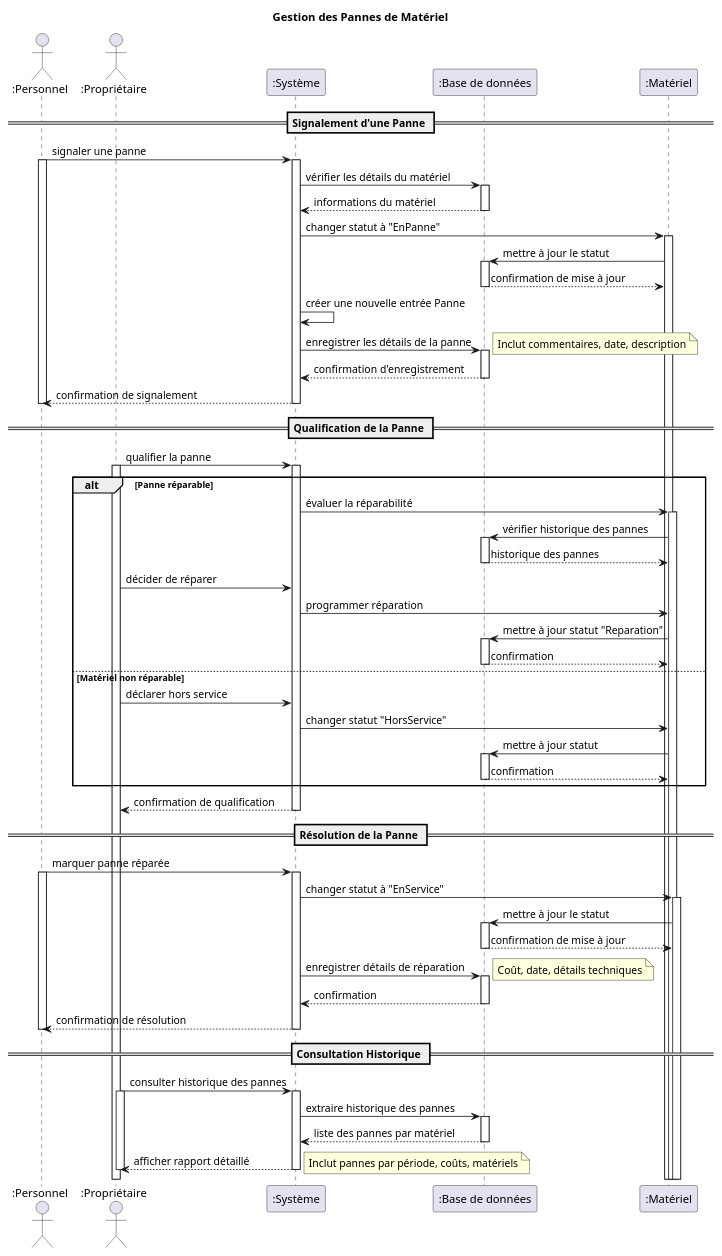
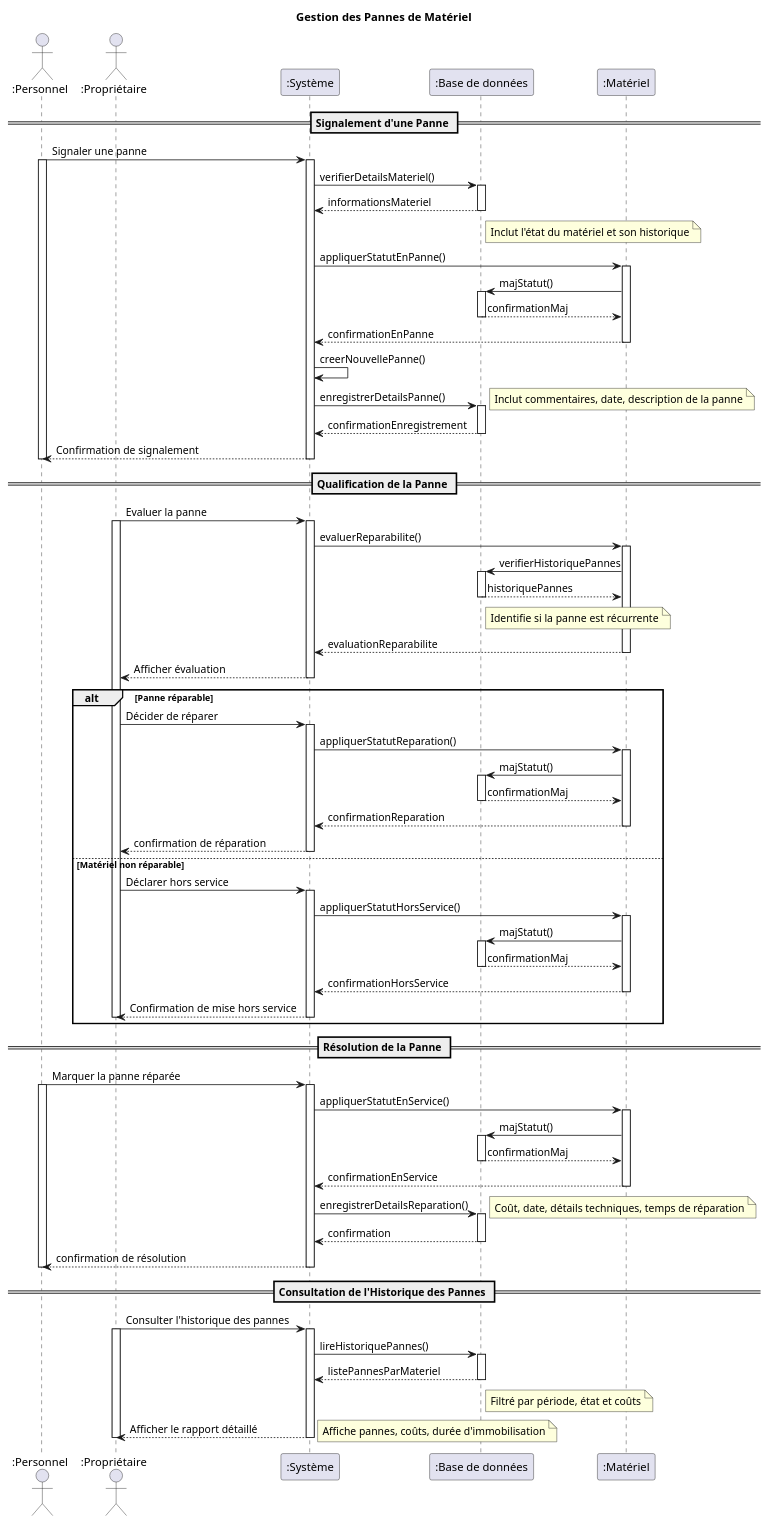
The diagram in docs/1-analysis/sequenceDiagrams/breakdownEquipmentSequenceDiagram.puml (Hugo-COLLIN/MIAGE_CSI_NauticalClub), drawn with PlantUML before and after one commit.

Commit message:
docs: first final version of breakdown equipment sequence diagram

```diff
--- a/docs/1-analysis/sequenceDiagrams/breakdownEquipmentSequenceDiagram.puml
+++ b/docs/1-analysis/sequenceDiagrams/breakdownEquipmentSequenceDiagram.puml
@@ -1,106 +1,137 @@
 @startuml
 actor ":Personnel" as Personnel
 actor ":Propriétaire" as Proprietaire
 participant ":Système" as Systeme
 participant ":Base de données" as BDD
 participant ":Matériel" as Materiel
 
 title Gestion des Pannes de Matériel
 
 == Signalement d'une Panne ==
-Personnel -> Systeme : signaler une panne
+Personnel -> Systeme : Signaler une panne
 activate Personnel
 activate Systeme
 
-Systeme -> BDD : vérifier les détails du matériel
+Systeme -> BDD : verifierDetailsMateriel()
 activate BDD
-BDD --> Systeme : informations du matériel
+BDD --> Systeme : informationsMateriel
+note right of BDD : Inclut l'état du matériel et son historique
+
 deactivate BDD
+Systeme -> Materiel : appliquerStatutEnPanne()
+activate Materiel
+Materiel -> BDD : majStatut()
+activate BDD
+BDD --> Materiel : confirmationMaj
+deactivate BDD
+Materiel --> Systeme : confirmationEnPanne
+deactivate Materiel
 
-Systeme -> Materiel : changer statut à "EnPanne"
-activate Materiel
-Materiel -> BDD : mettre à jour le statut
+Systeme -> Systeme : creerNouvellePanne()
+
+Systeme -> BDD : enregistrerDetailsPanne()
 activate BDD
-BDD --> Materiel : confirmation de mise à jour
+note right : Inclut commentaires, date, description de la panne
+BDD --> Systeme : confirmationEnregistrement
+
 deactivate BDD
+Systeme --> Personnel : Confirmation de signalement
 
-Systeme -> Systeme : créer une nouvelle entrée Panne
-Systeme -> BDD : enregistrer les détails de la panne
-activate BDD
-note right: Inclut commentaires, date, description
-BDD --> Systeme : confirmation d'enregistrement
-deactivate BDD
+deactivate Systeme
 
-Systeme --> Personnel : confirmation de signalement
-deactivate Systeme
 deactivate Personnel
 
 == Qualification de la Panne ==
-Proprietaire -> Systeme : qualifier la panne
+Proprietaire -> Systeme : Evaluer la panne
 activate Proprietaire
 activate Systeme
 
+Systeme -> Materiel : evaluerReparabilite()
+activate Materiel
+Materiel -> BDD : verifierHistoriquePannes
+activate BDD
+BDD --> Materiel : historiquePannes
+note right of BDD : Identifie si la panne est récurrente
+deactivate BDD
+Materiel --> Systeme : evaluationReparabilite
+deactivate Materiel
+Systeme --> Proprietaire : Afficher évaluation
+deactivate Systeme
+
 alt Panne réparable
-    Systeme -> Materiel : évaluer la réparabilité
+    Proprietaire -> Systeme : Décider de réparer
+    activate Systeme
+    Systeme -> Materiel : appliquerStatutReparation()
     activate Materiel
-    Materiel -> BDD : vérifier historique des pannes
+    Materiel -> BDD : majStatut()
     activate BDD
-    BDD --> Materiel : historique des pannes
+    BDD --> Materiel : confirmationMaj
     deactivate BDD
+    Materiel --> Systeme : confirmationReparation
+    deactivate Materiel
+    Systeme --> Proprietaire : confirmation de réparation
+    deactivate Systeme
 
-    Proprietaire -> Systeme : décider de réparer
-    Systeme -> Materiel : programmer réparation
-    Materiel -> BDD : mettre à jour statut "Reparation"
+else Matériel non réparable
+    Proprietaire -> Systeme : Déclarer hors service
+    activate Systeme
+    Systeme -> Materiel : appliquerStatutHorsService()
+    activate Materiel
+    Materiel -> BDD : majStatut()
     activate BDD
-    BDD --> Materiel : confirmation
+    BDD --> Materiel : confirmationMaj
     deactivate BDD
-else Matériel non réparable
-    Proprietaire -> Systeme : déclarer hors service
-    Systeme -> Materiel : changer statut "HorsService"
-    Materiel -> BDD : mettre à jour statut
-    activate BDD
-    BDD --> Materiel : confirmation
-    deactivate BDD
+    Materiel --> Systeme : confirmationHorsService
+    deactivate Materiel
+    Systeme --> Proprietaire : Confirmation de mise hors service
+    deactivate Systeme
+    deactivate Proprietaire
 end
 
-Systeme --> Proprietaire : confirmation de qualification
-deactivate Systeme
-
 == Résolution de la Panne ==
-Personnel -> Systeme : marquer panne réparée
+Personnel -> Systeme : Marquer la panne réparée
 activate Personnel
 activate Systeme
 
-Systeme -> Materiel : changer statut à "EnService"
+Systeme -> Materiel : appliquerStatutEnService()
 activate Materiel
-Materiel -> BDD : mettre à jour le statut
+Materiel -> BDD : majStatut()
 activate BDD
-BDD --> Materiel : confirmation de mise à jour
+BDD --> Materiel : confirmationMaj
+deactivate BDD
+Materiel --> Systeme : confirmationEnService
+
 deactivate BDD
 
-Systeme -> BDD : enregistrer détails de réparation
+deactivate Materiel
+Systeme -> BDD : enregistrerDetailsReparation()
 activate BDD
-note right: Coût, date, détails techniques
+note right : Coût, date, détails techniques, temps de réparation
 BDD --> Systeme : confirmation
+
 deactivate BDD
+Systeme --> Personnel : confirmation de résolution
 
-Systeme --> Personnel : confirmation de résolution
 deactivate Systeme
+
 deactivate Personnel
 
-== Consultation Historique ==
-Proprietaire -> Systeme : consulter historique des pannes
+== Consultation de l'Historique des Pannes ==
+Proprietaire -> Systeme : Consulter l'historique des pannes
 activate Proprietaire
 activate Systeme
 
-Systeme -> BDD : extraire historique des pannes
+Systeme -> BDD : lireHistoriquePannes()
 activate BDD
-BDD --> Systeme : liste des pannes par matériel
+BDD --> Systeme : listePannesParMateriel
+note right of BDD : Filtré par période, état et coûts
+
 deactivate BDD
+Systeme --> Proprietaire : Afficher le rapport détaillé
+note right : Affiche pannes, coûts, durée d'immobilisation
 
-Systeme --> Proprietaire : afficher rapport détaillé
-note right: Inclut pannes par période, coûts, matériels
 deactivate Systeme
+
 deactivate Proprietaire
 
 @enduml
```
